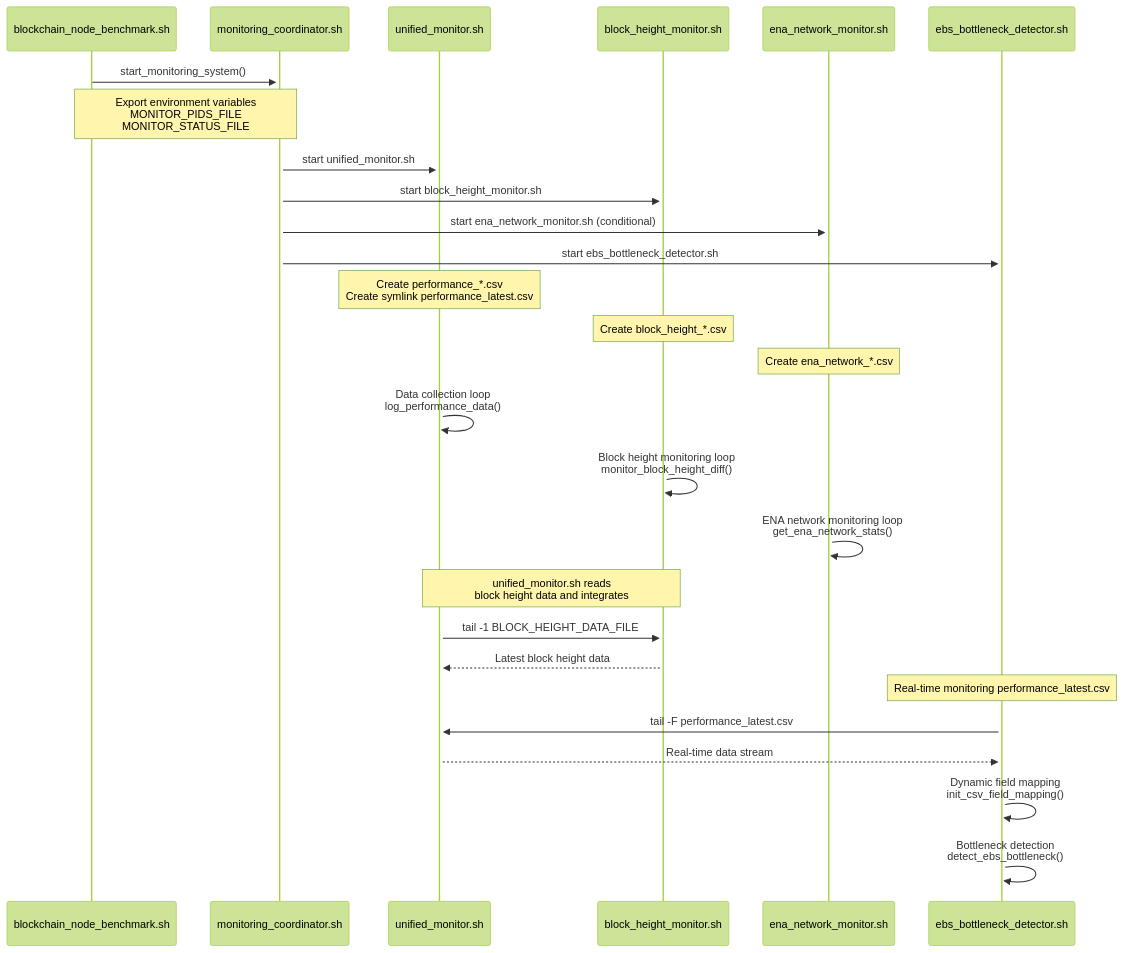
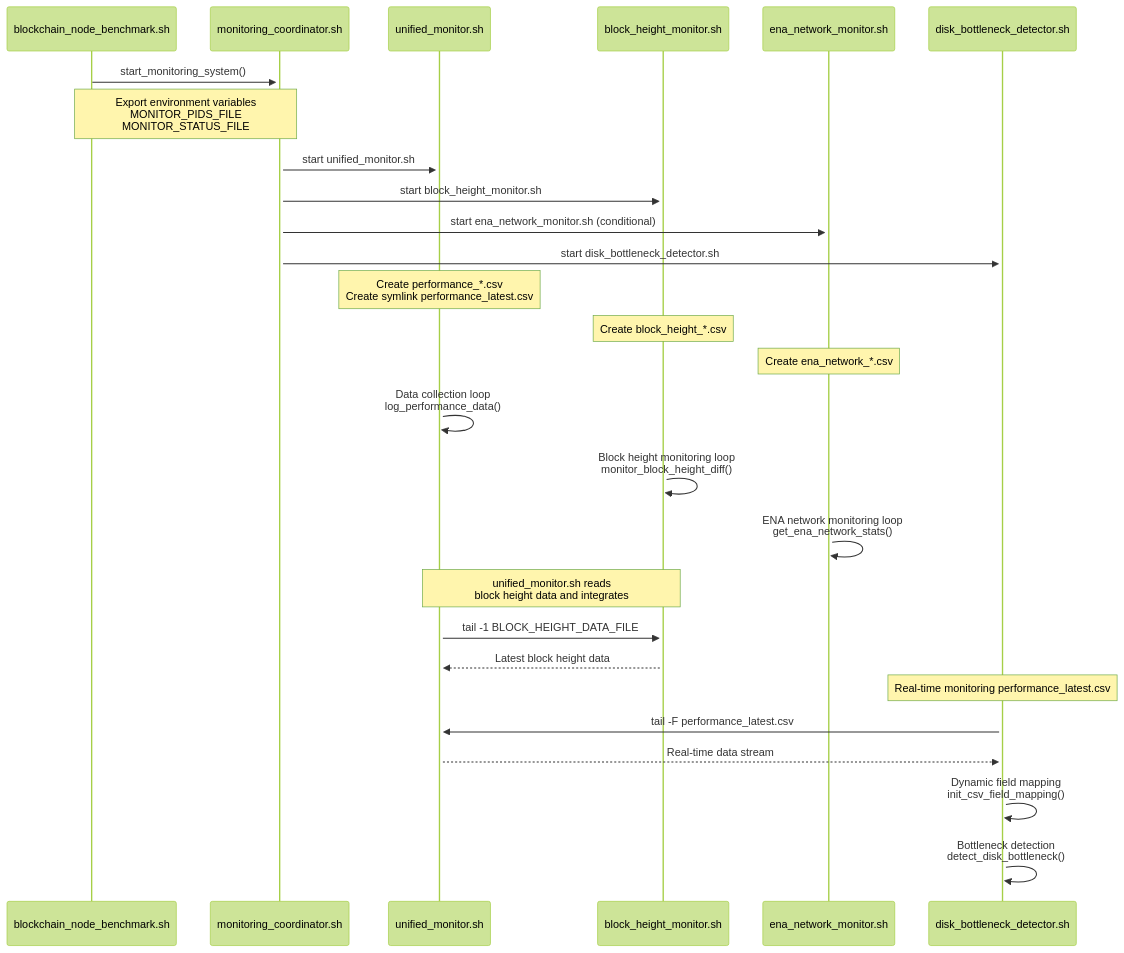
Before and after one commit to StayHungryStayFoolish/blockchain-node-benchmark: the fourth of 6 diagrams in docs/data-architecture.md, drawn with Mermaid (forest theme). The commit also changed other lines of this file and 77 other files, not shown here.

````diff
--- a/docs/data-architecture.md
+++ b/docs/data-architecture.md
@@ -112,36 +112,36 @@
 ```mermaid
 sequenceDiagram
     participant Main as blockchain_node_benchmark.sh
     participant Coord as monitoring_coordinator.sh
     participant Unified as unified_monitor.sh
     participant Block as block_height_monitor.sh
     participant ENA as ena_network_monitor.sh
-    participant EBS as ebs_bottleneck_detector.sh
+    participant Disk as disk_bottleneck_detector.sh
     
     Main->>+Coord: start_monitoring_system()
     Note over Main,Coord: Export environment variables<br/>MONITOR_PIDS_FILE<br/>MONITOR_STATUS_FILE
     
     Coord->>+Unified: start unified_monitor.sh
     Coord->>+Block: start block_height_monitor.sh
     Coord->>+ENA: start ena_network_monitor.sh (conditional)
-    Coord->>+EBS: start ebs_bottleneck_detector.sh
+    Coord->>+Disk: start disk_bottleneck_detector.sh
     
     Note over Unified: Create performance_*.csv<br/>Create symlink performance_latest.csv
     Note over Block: Create block_height_*.csv
     Note over ENA: Create ena_network_*.csv
     
     Unified->>Unified: Data collection loop<br/>log_performance_data()
     Block->>Block: Block height monitoring loop<br/>monitor_block_height_diff()
     ENA->>ENA: ENA network monitoring loop<br/>get_ena_network_stats()
     
     Note over Unified,Block: unified_monitor.sh reads<br/>block height data and integrates
     Unified->>Block: tail -1 BLOCK_HEIGHT_DATA_FILE
     Block-->>Unified: Latest block height data
     
-    Note over EBS: Real-time monitoring performance_latest.csv
-    EBS->>Unified: tail -F performance_latest.csv
-    Unified-->>EBS: Real-time data stream
+    Note over Disk: Real-time monitoring performance_latest.csv
+    Disk->>Unified: tail -F performance_latest.csv
+    Unified-->>Disk: Real-time data stream
     
-    EBS->>EBS: Dynamic field mapping<br/>init_csv_field_mapping()
-    EBS->>EBS: Bottleneck detection<br/>detect_ebs_bottleneck()
+    Disk->>Disk: Dynamic field mapping<br/>init_csv_field_mapping()
+    Disk->>Disk: Bottleneck detection<br/>detect_disk_bottleneck()
 ```
````
